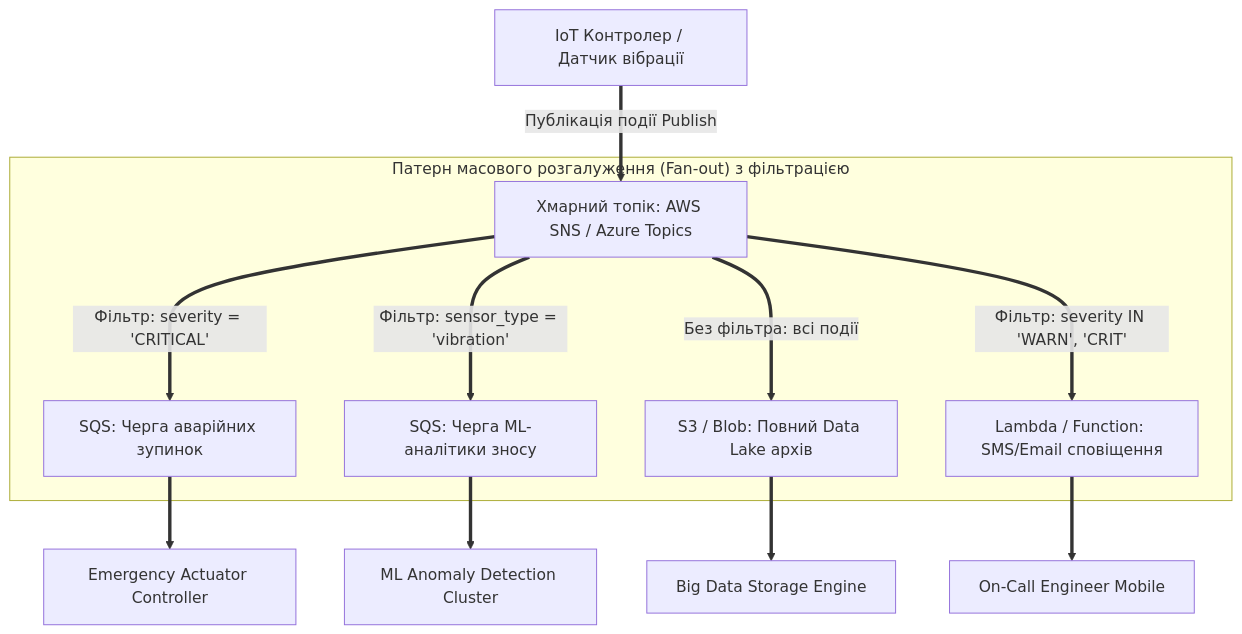
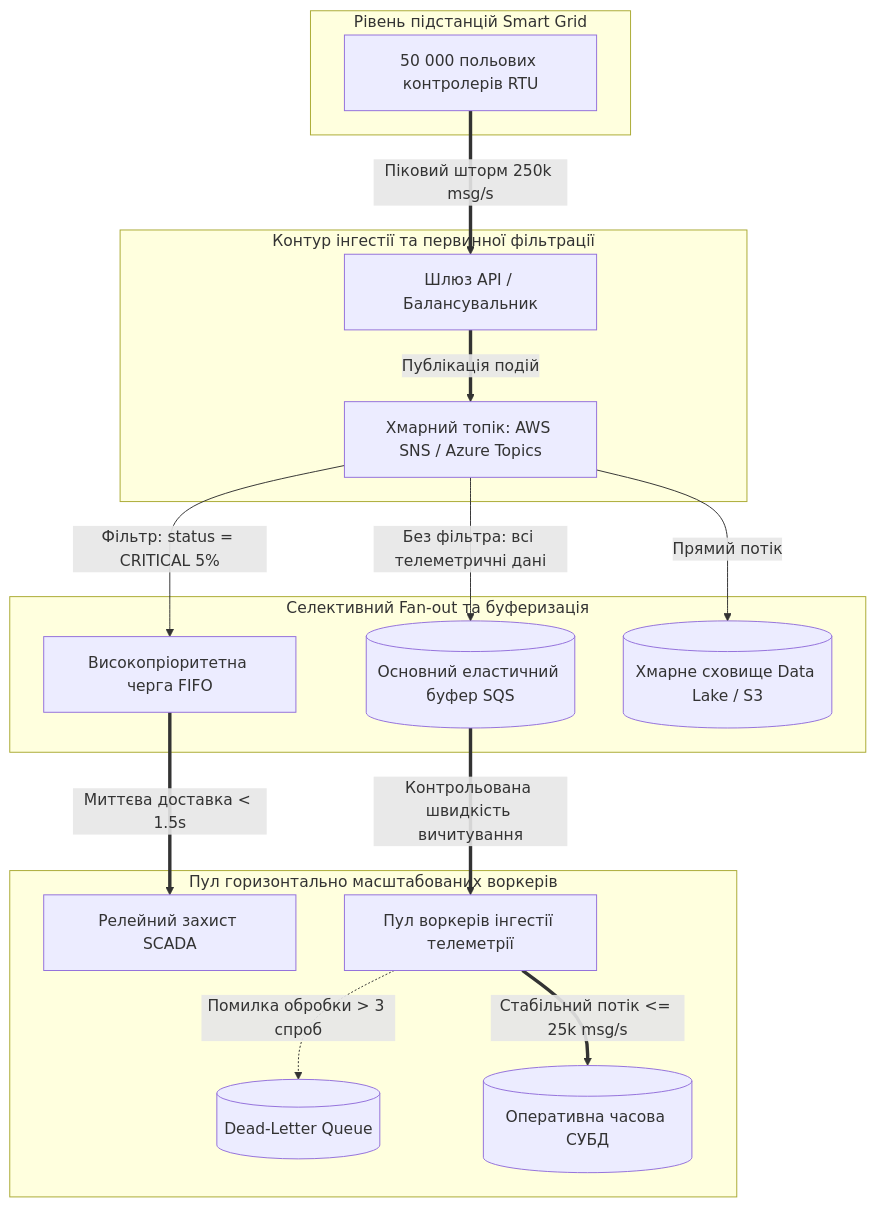
The fifth of 5 diagrams in docs/lk/lk4.md (KyryloVadurin/cloud-technologies), drawn with Mermaid before and after one commit. The commit also changed other lines of this file, not shown here.

````diff
--- a/docs/lk/lk4.md
+++ b/docs/lk/lk4.md
@@ -157,16 +409,24 @@
 ```mermaid
 flowchart TD
-    Sensor[IoT Контролер / Датчик вібрації] ==>|Публікація події Publish| Topic[Хмарний топік: AWS SNS / Azure Topics]
-    
-    subgraph FanOut ["Патерн масового розгалуження (Fan-out) з фільтрацією"]
-        Topic ===>|Фільтр: severity = 'CRITICAL'| Sub1[SQS: Черга аварійних зупинок]
-        Topic ===>|Фільтр: sensor_type = 'vibration'| Sub2[SQS: Черга ML-аналітики зносу]
-        Topic ===>|Без фільтра: всі події| Sub3[S3 / Blob: Повний Data Lake архів]
-        Topic ===>|Фільтр: severity IN 'WARN', 'CRIT'| Sub4[Lambda / Function: SMS/Email сповіщення]
+    subgraph EdgeLayer [Рівень підстанцій Smart Grid]
+        Sensors[50 000 польових контролерів RTU]
     end
 
-    Sub1 ==> W_Crit[Emergency Actuator Controller]
-    Sub2 ==> W_ML[ML Anomaly Detection Cluster]
-    Sub3 ==> W_Arch[Big Data Storage Engine]
-    Sub4 ==> W_Alert[On-Call Engineer Mobile]
+    subgraph IngestionLayer [Контур інгестії та первинної фільтрації]
+        Sensors ==>|Піковий шторм 250k msg/s| IngestGateway[Шлюз API / Балансувальник]
+        IngestGateway ==>|Публікація подій| Topic[Хмарний топік: AWS SNS / Azure Topics]
+    end
+
+    subgraph FanOutLayer [Селективний Fan-out та буферизація]
+        Topic -->|Фільтр: status = CRITICAL 5%| FastQueue[Високопріоритетна черга FIFO]
+        Topic -->|Без фільтра: всі телеметричні дані| MainBuffer[(Основний еластичний буфер SQS)]
+        Topic -->|Прямий потік| S3Archive[(Хмарне сховище Data Lake / S3)]
+    end
+
+    subgraph ProcessingLayer [Пул горизонтально масштабованих воркерів]
+        FastQueue ==>|Миттєва доставка < 1.5s| FastWorkers[Релейний захист SCADA]
+        MainBuffer ==>|Контрольована швидкість вичитування| WorkersPool[Пул воркерів інгестії телеметрії]
+        WorkersPool -.->|Помилка обробки > 3 спроб| DLQ[(Dead-Letter Queue)]
+        WorkersPool ==>|Стабільний потік <= 25k msg/s| CentralDB[(Оперативна часова СУБД)]
+    end
 ```
````
